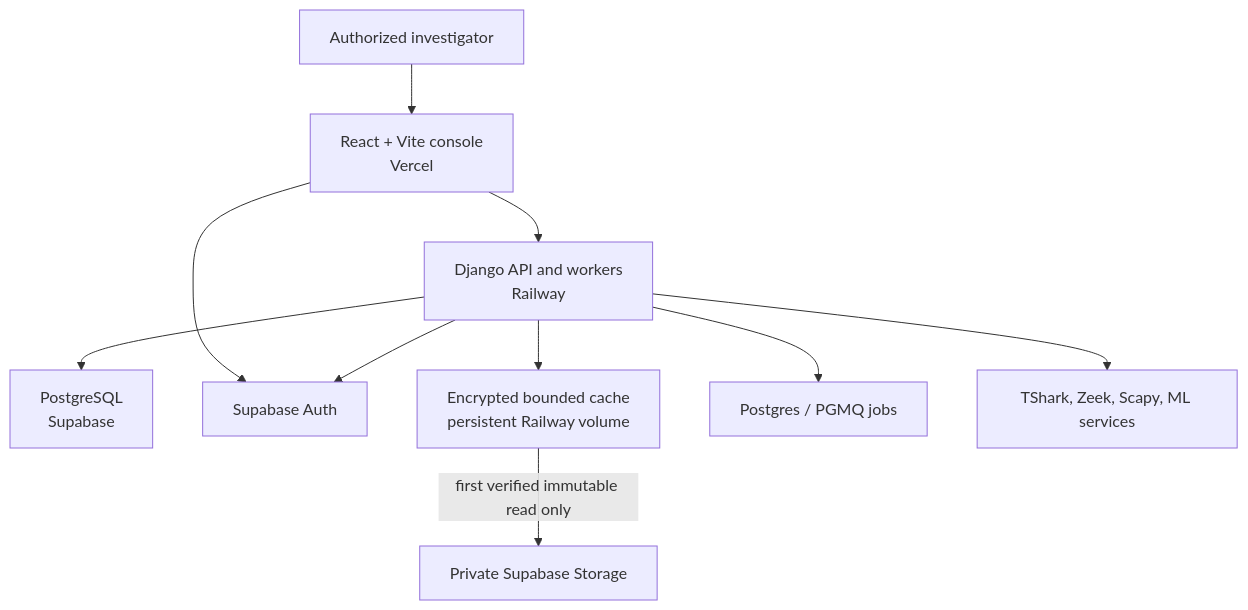
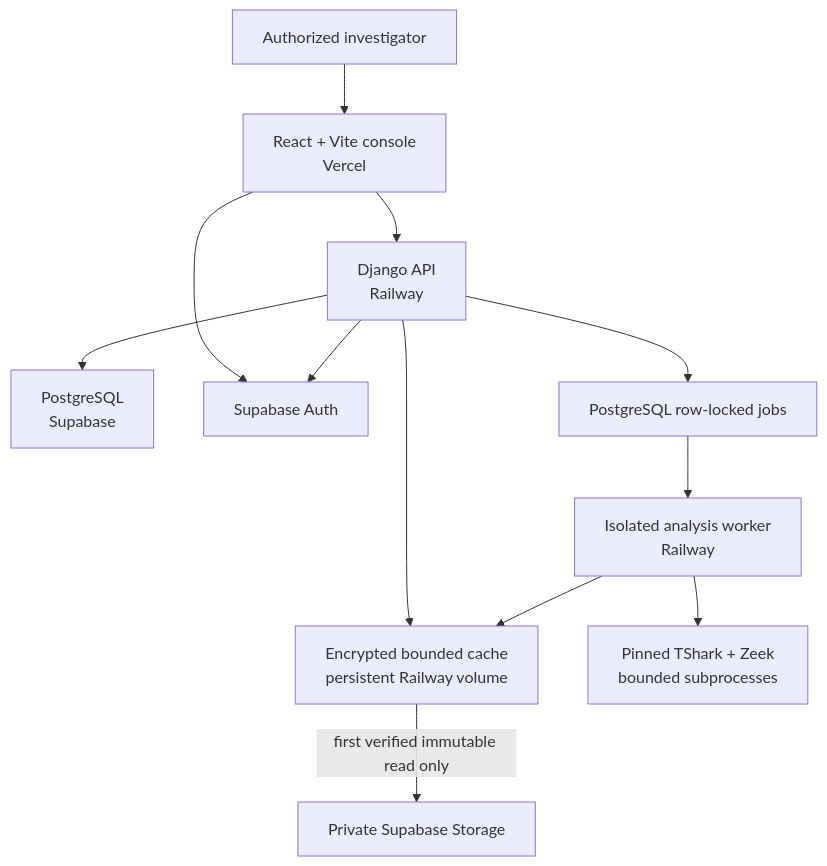
Before and after one commit to krishna0605/Netra: the second of 2 diagrams in README.md, drawn with Mermaid. The commit also changed other lines of this file and 11 other files, not shown here.

````diff
--- a/README.md
+++ b/README.md
@@ -55,21 +55,24 @@
 ```mermaid
 flowchart TB
     USER["Authorized investigator"]
     WEB["React + Vite console<br/>Vercel"]
-    API["Django API and workers<br/>Railway"]
+    API["Django API<br/>Railway"]
+    WORKER["Isolated analysis worker<br/>Railway"]
     DB["PostgreSQL<br/>Supabase"]
     AUTH["Supabase Auth"]
     OBJECTS["Private Supabase Storage"]
     CACHE["Encrypted bounded cache<br/>persistent Railway volume"]
-    QUEUE["Postgres / PGMQ jobs"]
-    TOOLS["TShark, Zeek, Scapy, ML services"]
+    QUEUE["PostgreSQL row-locked jobs"]
+    TOOLS["Pinned TShark + Zeek<br/>bounded subprocesses"]
 
     USER --> WEB --> API
     WEB --> AUTH
     API --> AUTH
     API --> DB
     API --> QUEUE
+    QUEUE --> WORKER
     API --> CACHE
     CACHE -->|"first verified immutable read only"| OBJECTS
-    API --> TOOLS
+    WORKER --> CACHE
+    WORKER --> TOOLS
 ```
````
